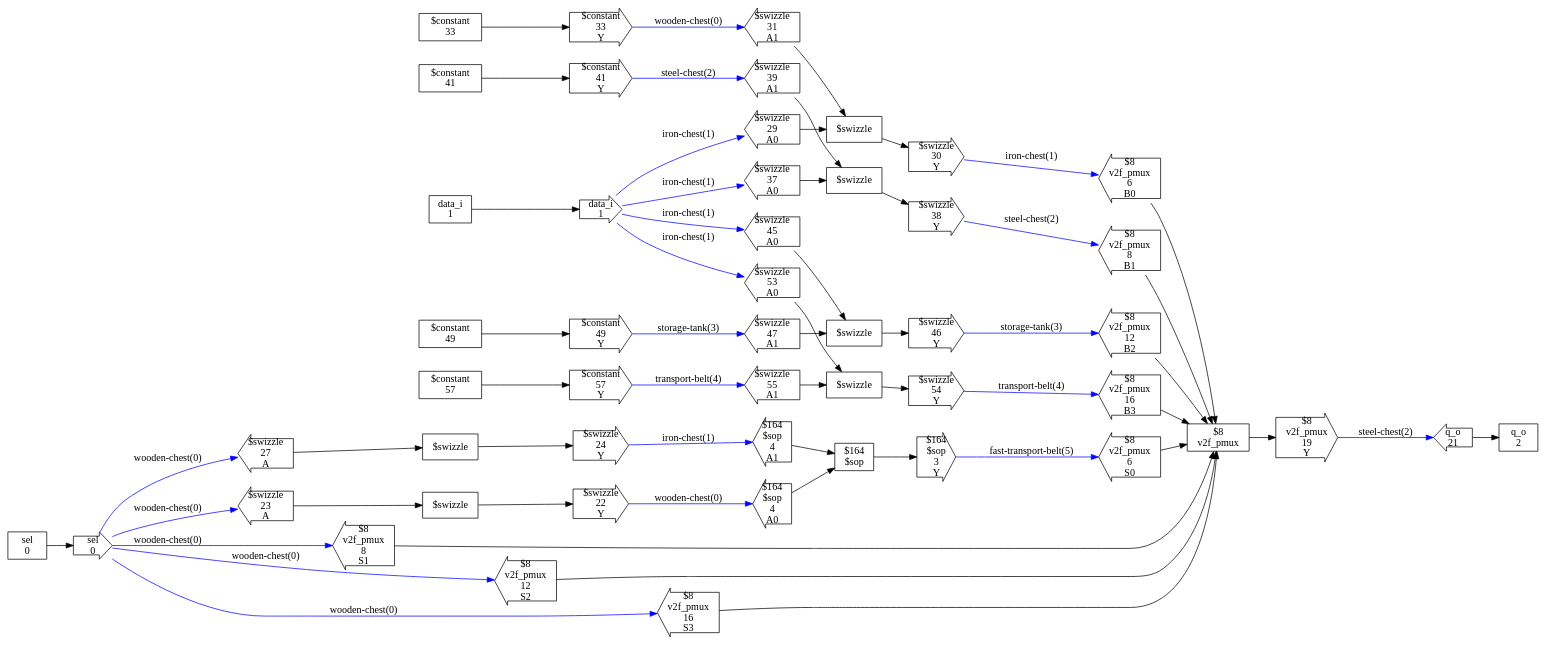
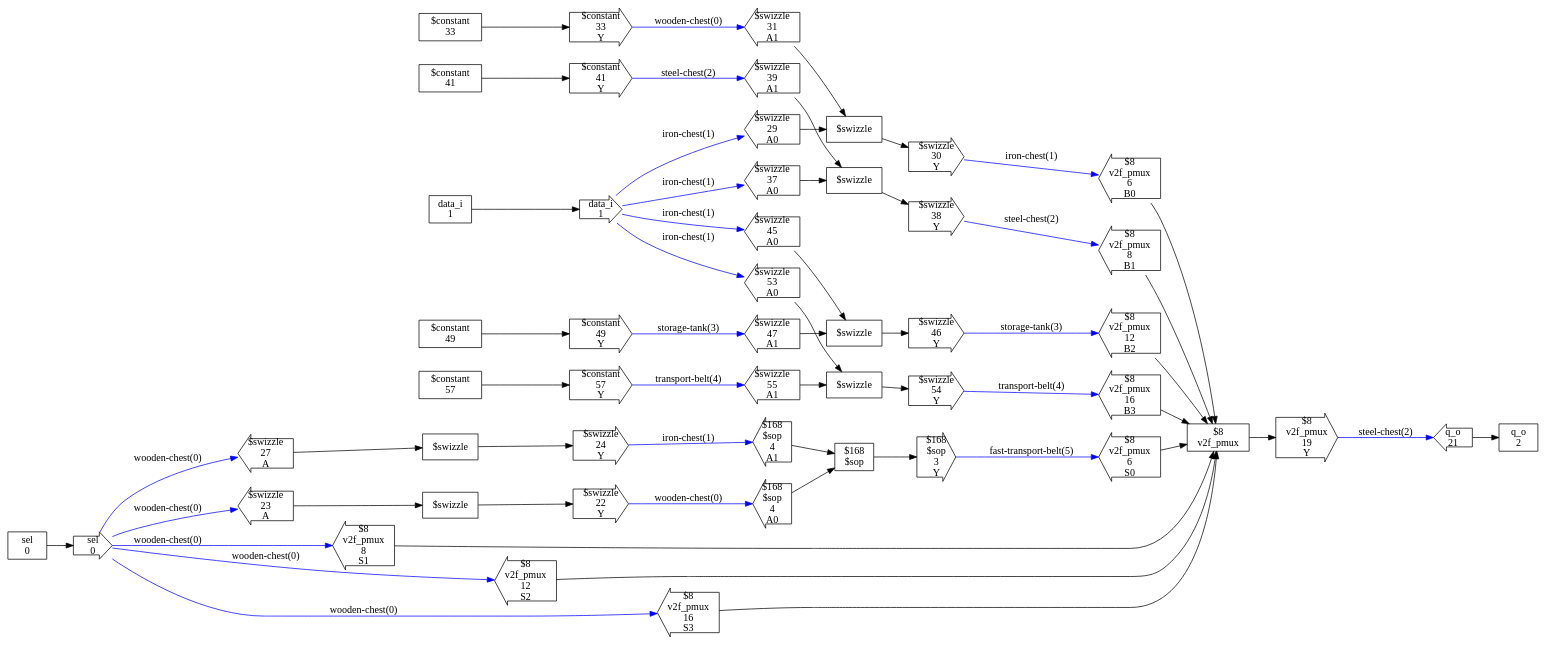
One commit to ben-j-c/verilog2factorio changed the diagram in test_designs/swizzle_pmux/checked_design.dot. Above: the diagram before and after it, drawn with Graphviz. The commit also changed 41 other files, not shown here.

```diff
--- a/test_designs/swizzle_pmux/checked_design.dot
+++ b/test_designs/swizzle_pmux/checked_design.dot
@@ -1,197 +1,197 @@
 digraph CheckedDesign {
   rankdir=LR
   n0[shape=box,label="sel
 0"]
   n1[shape=box,label="data_i
 1"]
   n2[shape=box,label="q_o
 2"]
-  n3[shape=box,label="$164
+  n3[shape=box,label="$168
 $sop"]
   n5[shape=box,label="$8
 v2f_pmux"]
   n8[shape=rarrow,label="sel
 0"]
   n9[shape=rarrow,label="data_i
 1"]
   n10[shape=larrow,label="q_o
 21"]
-  n11[shape=larrow,label="$164
+  n11[shape=larrow,label="$168
 $sop
 4
 A0"]
-  n12[shape=larrow,label="$164
+  n12[shape=larrow,label="$168
 $sop
 4
 A1"]
-  n13[shape=rarrow,label="$164
+  n13[shape=rarrow,label="$168
 $sop
 3
 Y"]
   n17[shape=larrow,label="$8
 v2f_pmux
 6
 B0"]
   n18[shape=larrow,label="$8
 v2f_pmux
 8
 B1"]
   n19[shape=larrow,label="$8
 v2f_pmux
 12
 B2"]
   n20[shape=larrow,label="$8
 v2f_pmux
 16
 B3"]
   n21[shape=larrow,label="$8
 v2f_pmux
 6
 S0"]
   n22[shape=larrow,label="$8
 v2f_pmux
 8
 S1"]
   n23[shape=larrow,label="$8
 v2f_pmux
 12
 S2"]
   n24[shape=larrow,label="$8
 v2f_pmux
 16
 S3"]
   n25[shape=rarrow,label="$8
 v2f_pmux
 19
 Y"]
   n32[shape=box,label="$swizzle"]
   n33[shape=rarrow,label="$swizzle
 22
 Y"]
   n34[shape=larrow,label="$swizzle
 23
 A"]
   n35[shape=box,label="$swizzle"]
   n36[shape=rarrow,label="$swizzle
 24
 Y"]
   n37[shape=larrow,label="$swizzle
 27
 A"]
   n40[shape=box,label="$swizzle"]
   n41[shape=rarrow,label="$swizzle
 30
 Y"]
   n42[shape=larrow,label="$swizzle
 29
 A0"]
   n43[shape=larrow,label="$swizzle
 31
 A1"]
   n44[shape=box,label="$constant
 33"]
   n45[shape=rarrow,label="$constant
 33
 Y"]
   n46[shape=box,label="$swizzle"]
   n47[shape=rarrow,label="$swizzle
 38
 Y"]
   n48[shape=larrow,label="$swizzle
 37
 A0"]
   n49[shape=larrow,label="$swizzle
 39
 A1"]
   n50[shape=box,label="$constant
 41"]
   n51[shape=rarrow,label="$constant
 41
 Y"]
   n52[shape=box,label="$swizzle"]
   n53[shape=rarrow,label="$swizzle
 46
 Y"]
   n54[shape=larrow,label="$swizzle
 45
 A0"]
   n55[shape=larrow,label="$swizzle
 47
 A1"]
   n56[shape=box,label="$constant
 49"]
   n57[shape=rarrow,label="$constant
 49
 Y"]
   n58[shape=box,label="$swizzle"]
   n59[shape=rarrow,label="$swizzle
 54
 Y"]
   n60[shape=larrow,label="$swizzle
 53
 A0"]
   n61[shape=larrow,label="$swizzle
 55
 A1"]
   n62[shape=box,label="$constant
 57"]
   n63[shape=rarrow,label="$constant
 57
 Y"]
   n0 -> n8
   n1 -> n9
   n3 -> n13
   n5 -> n25
   n8 -> n34 [label="wooden-chest(0)",syle=bold,color=blue]
   n8 -> n37 [label="wooden-chest(0)",syle=bold,color=blue]
   n8 -> n22 [label="wooden-chest(0)",syle=bold,color=blue]
   n8 -> n23 [label="wooden-chest(0)",syle=bold,color=blue]
   n8 -> n24 [label="wooden-chest(0)",syle=bold,color=blue]
   n9 -> n42 [label="iron-chest(1)",syle=bold,color=blue]
   n9 -> n48 [label="iron-chest(1)",syle=bold,color=blue]
   n9 -> n54 [label="iron-chest(1)",syle=bold,color=blue]
   n9 -> n60 [label="iron-chest(1)",syle=bold,color=blue]
   n10 -> n2
   n11 -> n3
   n12 -> n3
   n13 -> n21 [label="fast-transport-belt(5)",syle=bold,color=blue]
   n17 -> n5
   n18 -> n5
   n19 -> n5
   n20 -> n5
   n21 -> n5
   n22 -> n5
   n23 -> n5
   n24 -> n5
   n25 -> n10 [label="steel-chest(2)",syle=bold,color=blue]
   n32 -> n33
   n33 -> n11 [label="wooden-chest(0)",syle=bold,color=blue]
   n34 -> n32
   n35 -> n36
   n36 -> n12 [label="iron-chest(1)",syle=bold,color=blue]
   n37 -> n35
   n40 -> n41
   n41 -> n17 [label="iron-chest(1)",syle=bold,color=blue]
   n42 -> n40
   n43 -> n40
   n44 -> n45
   n45 -> n43 [label="wooden-chest(0)",syle=bold,color=blue]
   n46 -> n47
   n47 -> n18 [label="steel-chest(2)",syle=bold,color=blue]
   n48 -> n46
   n49 -> n46
   n50 -> n51
   n51 -> n49 [label="steel-chest(2)",syle=bold,color=blue]
   n52 -> n53
   n53 -> n19 [label="storage-tank(3)",syle=bold,color=blue]
   n54 -> n52
   n55 -> n52
   n56 -> n57
   n57 -> n55 [label="storage-tank(3)",syle=bold,color=blue]
   n58 -> n59
   n59 -> n20 [label="transport-belt(4)",syle=bold,color=blue]
   n60 -> n58
   n61 -> n58
   n62 -> n63
   n63 -> n61 [label="transport-belt(4)",syle=bold,color=blue]
 }
```
